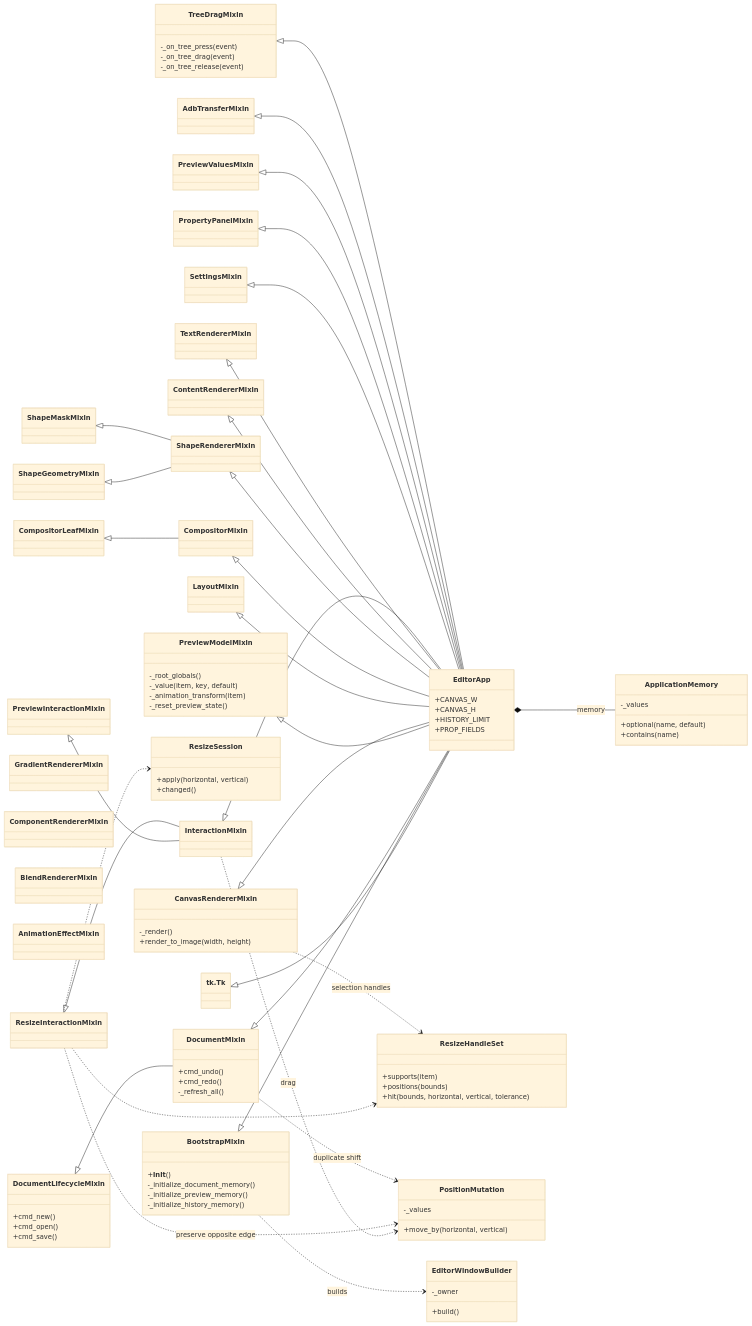
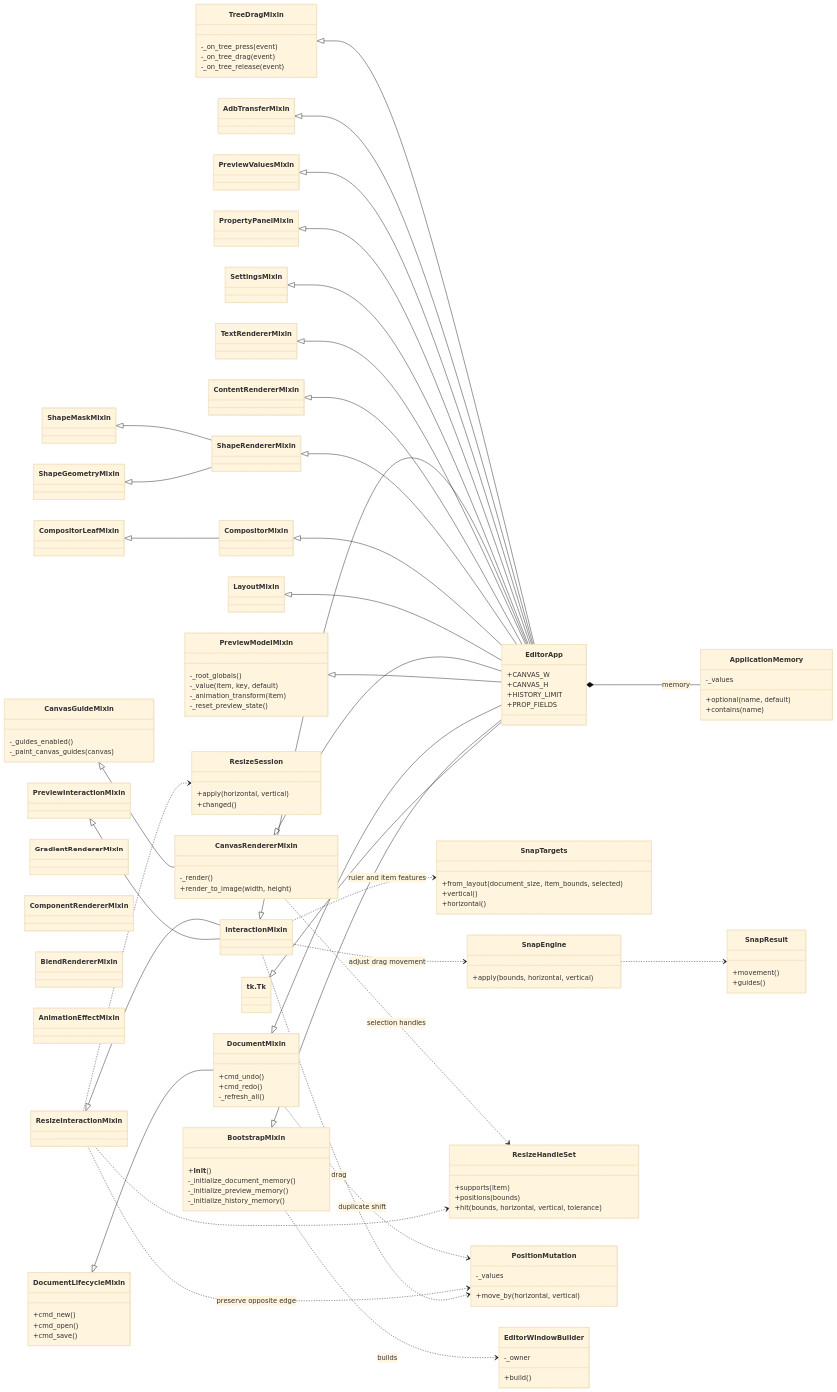
The first of 16 diagrams in doc/KLWPエディタ_設計仕様.md (k014c1287/klwp_pc_editor), drawn with Mermaid (base theme) before and after one commit. The commit also changed other lines of this file and 9 other files, not shown here.

```diff
--- a/doc/KLWPエディタ_設計仕様.md
+++ b/doc/KLWPエディタ_設計仕様.md
@@ -67,6 +67,22 @@
     class CanvasRendererMixin {
         -_render()
         +render_to_image(width, height)
+    }
+    class CanvasGuideMixin {
+        -_guides_enabled()
+        -_paint_canvas_guides(canvas)
+    }
+    class SnapTargets {
+        +from_layout(document_size, item_bounds, selected)
+        +vertical()
+        +horizontal()
+    }
+    class SnapEngine {
+        +apply(bounds, horizontal, vertical)
+    }
+    class SnapResult {
+        +movement()
+        +guides()
     }
     class LayoutMixin
     class CompositorLeafMixin
@@ -121,6 +137,7 @@
     DocumentMixin <|-- EditorApp
     PreviewModelMixin <|-- EditorApp
     CanvasRendererMixin <|-- EditorApp
+    CanvasGuideMixin <|-- CanvasRendererMixin
     LayoutMixin <|-- EditorApp
     CompositorMixin <|-- EditorApp
     ShapeRendererMixin <|-- EditorApp
@@ -141,6 +158,9 @@
     ResizeInteractionMixin ..> ResizeHandleSet
     ResizeInteractionMixin ..> ResizeSession
     InteractionMixin ..> PositionMutation : drag
+    InteractionMixin ..> SnapTargets : ruler and item features
+    InteractionMixin ..> SnapEngine : adjust drag movement
+    SnapEngine ..> SnapResult
     ResizeInteractionMixin ..> PositionMutation : preserve opposite edge
     DocumentMixin ..> PositionMutation : duplicate shift
     CanvasRendererMixin ..> ResizeHandleSet : selection handles
```
